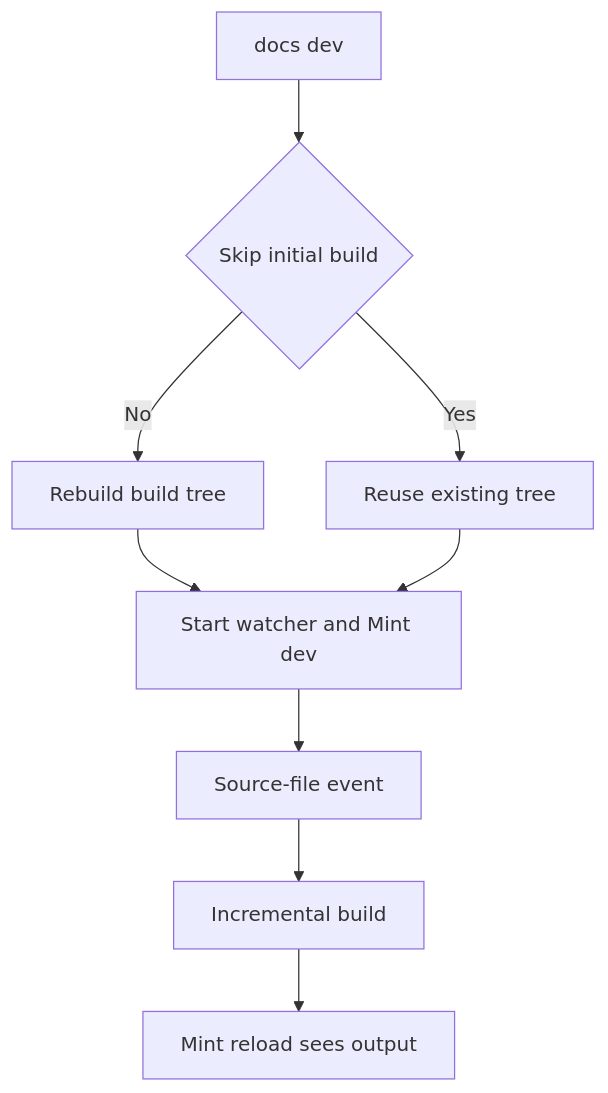
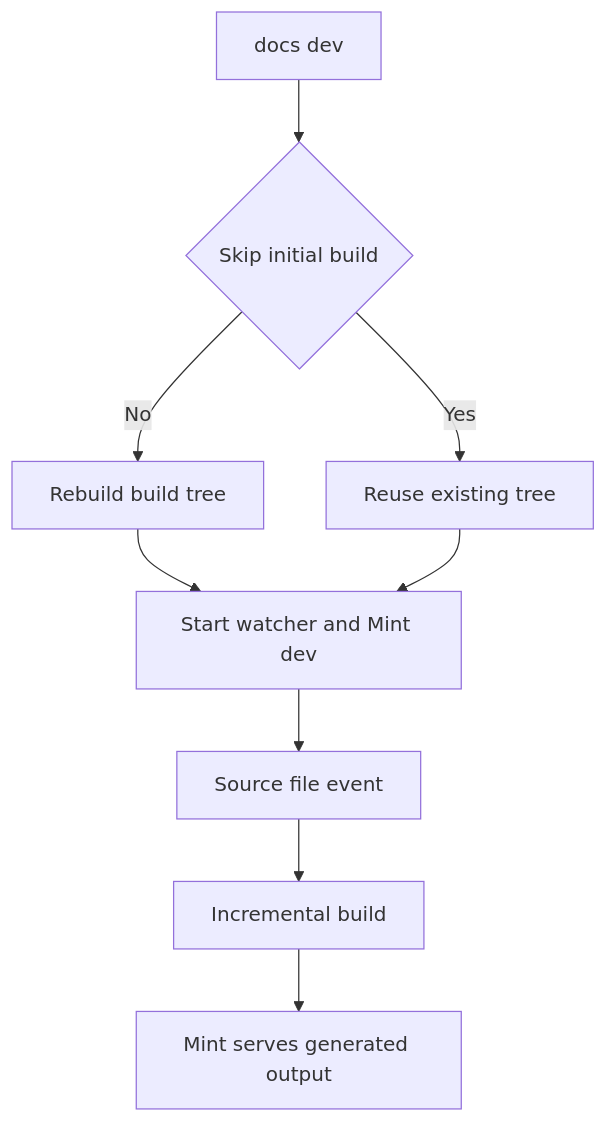
Before and after one commit to langchain-ai/docs: the first of 2 diagrams in openwiki/operations/cli-tools.md, drawn with Mermaid. The commit also changed other lines of this file and 47 other files, not shown here.

````diff
--- a/openwiki/operations/cli-tools.md
+++ b/openwiki/operations/cli-tools.md
@@ -130,11 +88,11 @@
 ```mermaid
 flowchart TD
   Start["docs dev"] --> Choice{"Skip initial build"}
   Choice -->|"No"| Full["Rebuild build tree"]
   Choice -->|"Yes"| Reuse["Reuse existing tree"]
   Full --> Services["Start watcher and Mint dev"]
   Reuse --> Services
-  Services --> Event["Source-file event"]
+  Services --> Event["Source file event"]
   Event --> Incremental["Incremental build"]
-  Incremental --> Reload["Mint reload sees output"]
+  Incremental --> Reload["Mint serves generated output"]
 ```
````
